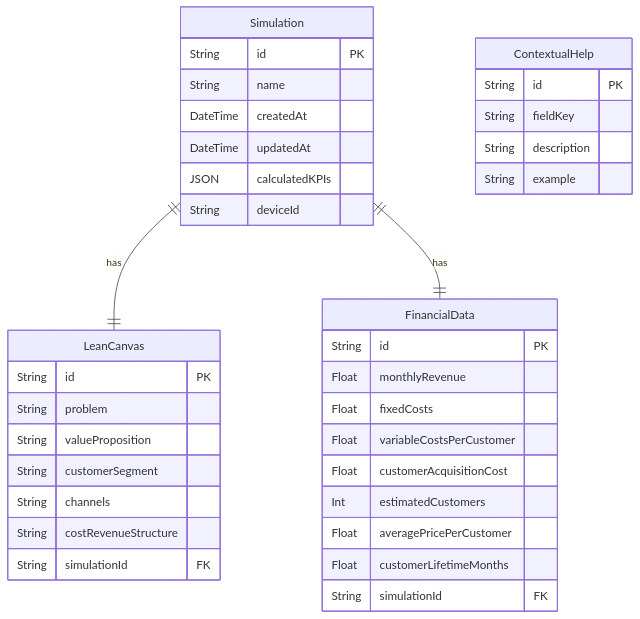
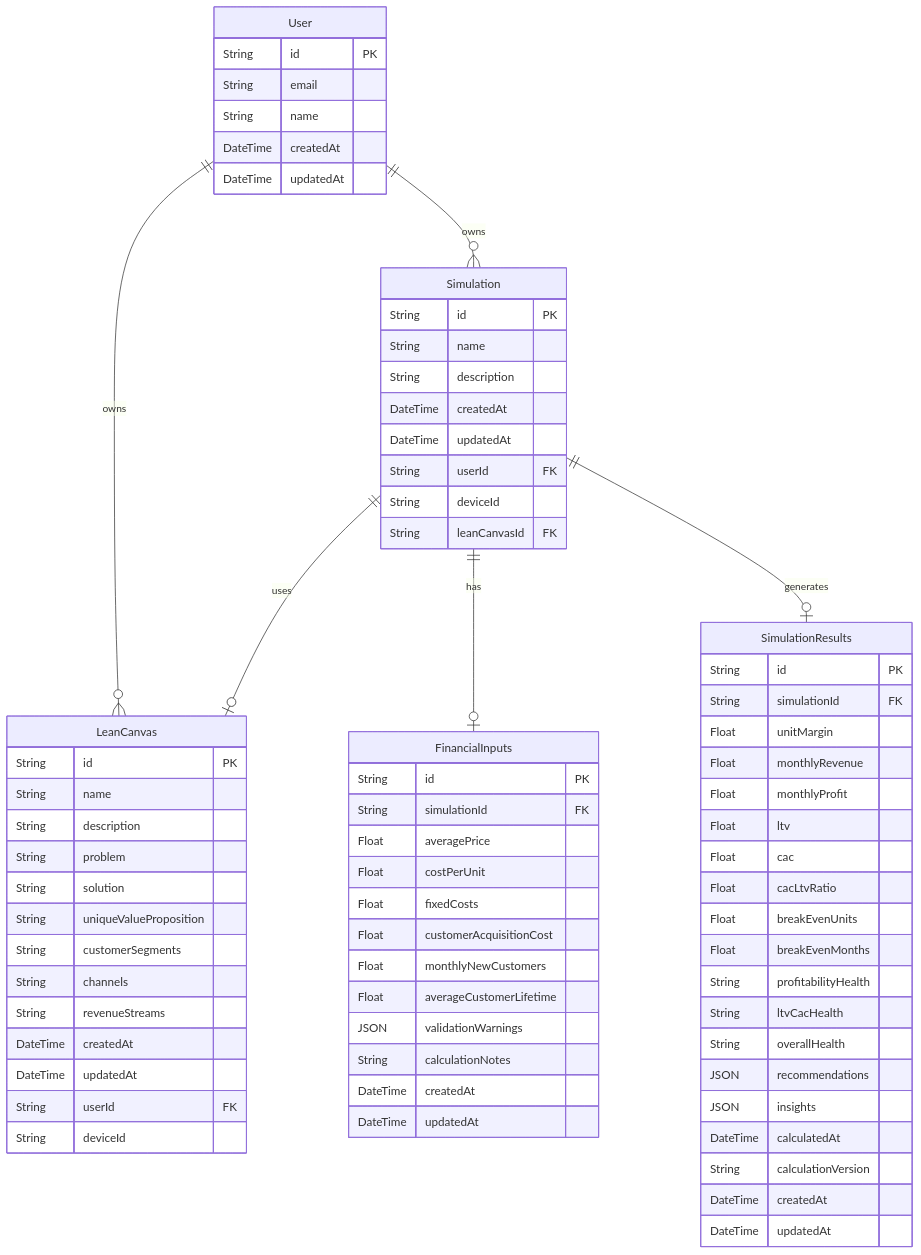
Before and after one commit to javiSBP/AI4Devs-finalproject: the diagram in docs/technical/Data-Model.md, drawn with Mermaid. The commit also changed other lines of this file and 22 other files, not shown here.

First line of the commit message:
Refactor data model and clean up legacy architecture for Ticket KPI-006

````diff
--- a/docs/technical/Data-Model.md
+++ b/docs/technical/Data-Model.md
@@ -17,44 +17,81 @@
 ```mermaid
 erDiagram
+    User {
+        String id PK
+        String email
+        String name
+        DateTime createdAt
+        DateTime updatedAt
+    }
+
     Simulation {
         String id PK
         String name
+        String description
         DateTime createdAt
         DateTime updatedAt
-        JSON calculatedKPIs
+        String userId FK
         String deviceId
+        String leanCanvasId FK
     }
 
     LeanCanvas {
         String id PK
+        String name
+        String description
         String problem
-        String valueProposition
-        String customerSegment
+        String solution
+        String uniqueValueProposition
+        String customerSegments
         String channels
-        String costRevenueStructure
-        String simulationId FK
+        String revenueStreams
+        DateTime createdAt
+        DateTime updatedAt
+        String userId FK
+        String deviceId
     }
 
-    FinancialData {
+    FinancialInputs {
         String id PK
-        Float monthlyRevenue
+        String simulationId FK
+        Float averagePrice
+        Float costPerUnit
         Float fixedCosts
-        Float variableCostsPerCustomer
         Float customerAcquisitionCost
-        Int estimatedCustomers
-        Float averagePricePerCustomer
-        Float customerLifetimeMonths
-        String simulationId FK
+        Float monthlyNewCustomers
+        Float averageCustomerLifetime
+        JSON validationWarnings
+        String calculationNotes
+        DateTime createdAt
+        DateTime updatedAt
     }
 
-    ContextualHelp {
+    SimulationResults {
         String id PK
-        String fieldKey
-        String description
-        String example
+        String simulationId FK
+        Float unitMargin
+        Float monthlyRevenue
+        Float monthlyProfit
+        Float ltv
+        Float cac
+        Float cacLtvRatio
+        Float breakEvenUnits
+        Float breakEvenMonths
+        String profitabilityHealth
+        String ltvCacHealth
+        String overallHealth
+        JSON recommendations
+        JSON insights
+        DateTime calculatedAt
+        String calculationVersion
+        DateTime createdAt
+        DateTime updatedAt
     }
 
-    Simulation ||--|| LeanCanvas : "has"
-    Simulation ||--|| FinancialData : "has"
+    User ||--o{ Simulation : "owns"
+    User ||--o{ LeanCanvas : "owns"
+    Simulation ||--o| LeanCanvas : "uses"
+    Simulation ||--o| FinancialInputs : "has"
+    Simulation ||--o| SimulationResults : "generates"
 
 ```
````
